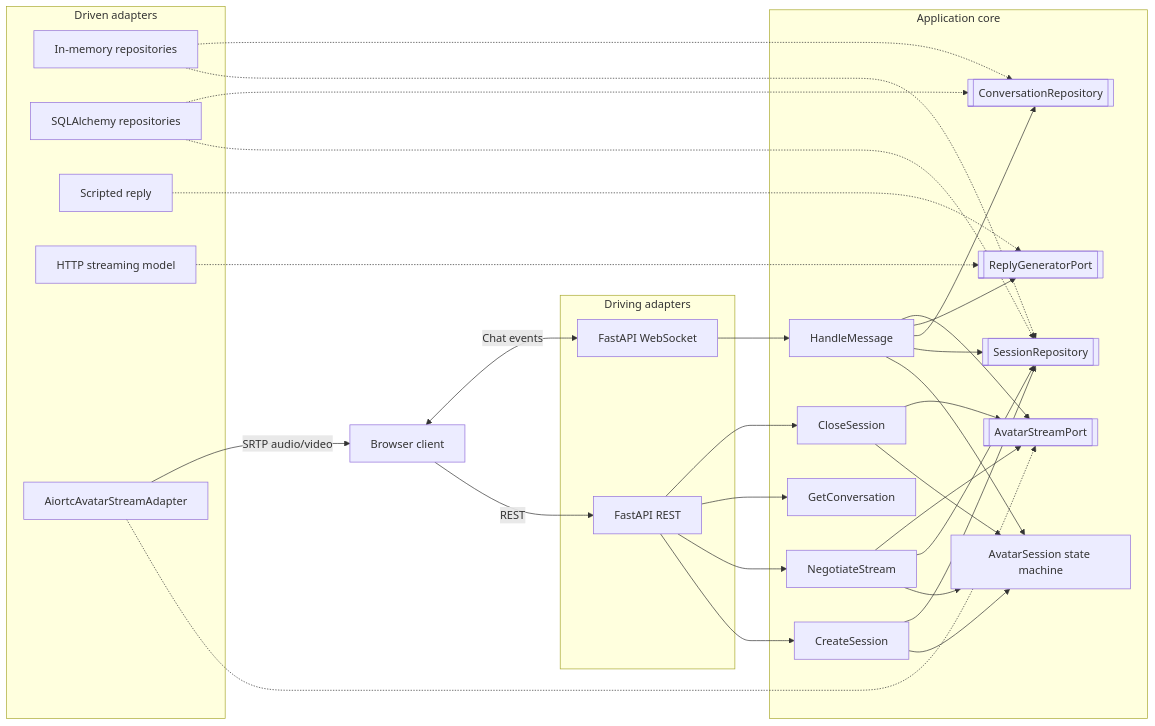
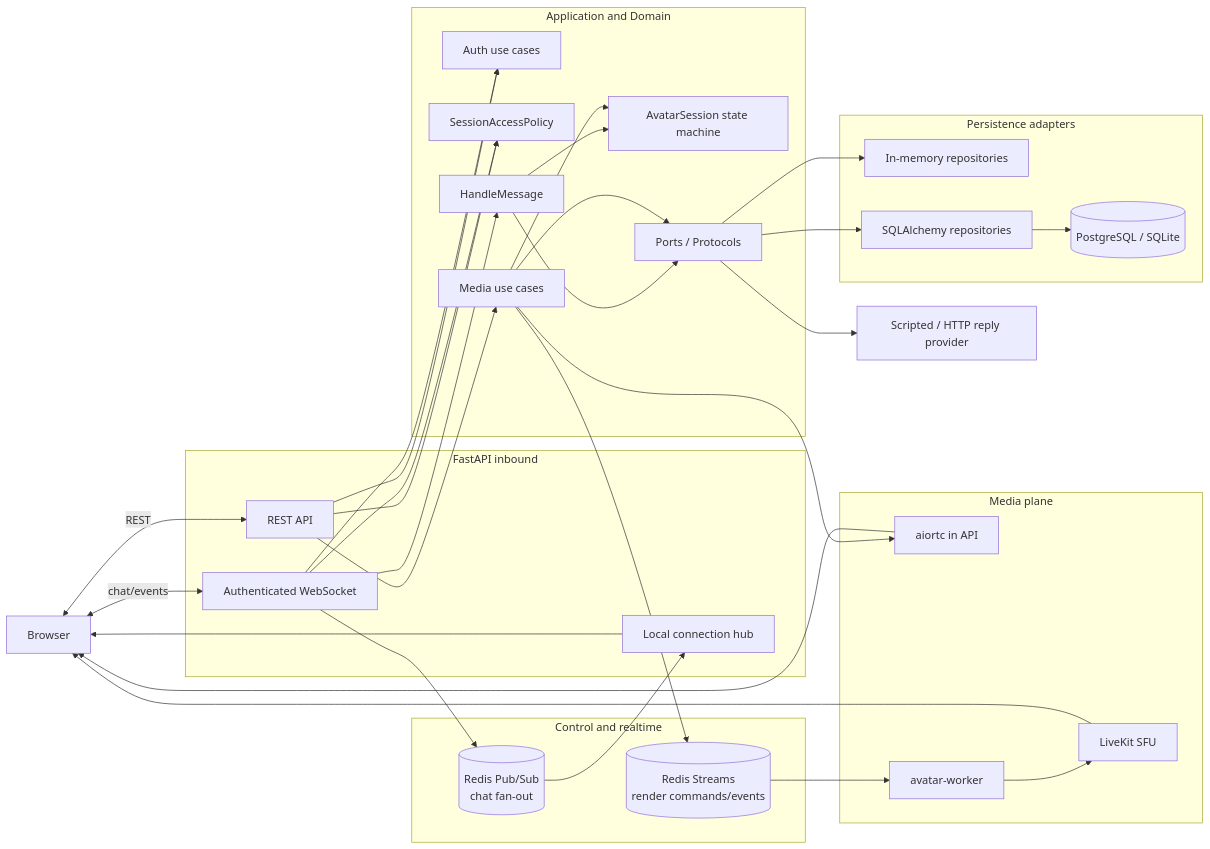
Before and after one commit to thinhphan97/PersonaForge: the first of 7 diagrams in docs/server-flow.md, drawn with Mermaid. The commit also changed other lines of this file and 4 other files, not shown here.

Commit message:
docs: align architecture with current pipeline

````diff
--- a/docs/server-flow.md
+++ b/docs/server-flow.md
@@ -8,63 +9,58 @@
 ```mermaid
 flowchart LR
-    Browser[Browser client]
+    B[Browser]
 
-    subgraph Inbound[Driving adapters]
-        HTTP[FastAPI REST]
-        WS[FastAPI WebSocket]
+    subgraph API[FastAPI inbound]
+        REST[REST API]
+        WS[Authenticated WebSocket]
+        HUB[Local connection hub]
     end
 
-    subgraph Core[Application core]
-        UC1[CreateSession]
-        UC2[NegotiateStream]
-        UC3[HandleMessage]
-        UC4[GetConversation]
-        UC5[CloseSession]
-        Domain[AvatarSession state machine]
-
-        P1[[SessionRepository]]
-        P2[[ConversationRepository]]
-        P3[[ReplyGeneratorPort]]
-        P4[[AvatarStreamPort]]
+    subgraph CORE[Application and Domain]
+        AUTH[Auth use cases]
+        ACCESS[SessionAccessPolicy]
+        CHAT[HandleMessage]
+        MEDIAUC[Media use cases]
+        SESSION[AvatarSession state machine]
+        PORTS[Ports / Protocols]
     end
 
-    subgraph Outbound[Driven adapters]
-        Memory[In-memory repositories]
+    subgraph DATA[Persistence adapters]
+        MEM[In-memory repositories]
         SQL[SQLAlchemy repositories]
-        Scripted[Scripted reply]
-        Model[HTTP streaming model]
-        WebRTC[AiortcAvatarStreamAdapter]
+        DB[(PostgreSQL / SQLite)]
     end
 
-    Browser -->|REST| HTTP
-    Browser <-->|Chat events| WS
-    HTTP --> UC1
-    HTTP --> UC2
-    HTTP --> UC4
-    HTTP --> UC5
-    WS --> UC3
+    subgraph EVENTS[Control and realtime]
+        PUB[(Redis Pub/Sub\nchat fan-out)]
+        STREAM[(Redis Streams\nrender commands/events)]
+    end
 
-    UC1 --> Domain
-    UC2 --> Domain
-    UC3 --> Domain
-    UC5 --> Domain
+    subgraph MEDIA[Media plane]
+        AIO[aiortc in API]
+        WORKER[avatar-worker]
+        SFU[LiveKit SFU]
+    end
 
-    UC1 --> P1
-    UC2 --> P1
-    UC3 --> P1
-    UC3 --> P2
-    UC3 --> P3
-    UC2 --> P4
-    UC3 --> P4
-    UC5 --> P4
+    MODEL[Scripted / HTTP reply provider]
 
-    Memory -.-> P1
-    Memory -.-> P2
-    SQL -.-> P1
-    SQL -.-> P2
-    Scripted -.-> P3
-    Model -.-> P3
-    WebRTC -.-> P4
-
-    WebRTC -->|SRTP audio/video| Browser
+    B <-->|REST| REST
+    B <-->|chat/events| WS
+    REST --> AUTH
+    REST --> ACCESS
+    REST --> MEDIAUC
+    WS --> AUTH
+    WS --> ACCESS
+    WS --> CHAT
+    CHAT --> SESSION
+    CHAT --> PORTS
+    MEDIAUC --> SESSION
+    MEDIAUC --> PORTS
+    PORTS --> MEM
+    PORTS --> SQL
+    PORTS --> MODEL
+    SQL --> DB
+    WS --> PUB --> HUB --> B
+    MEDIAUC --> STREAM --> WORKER --> SFU --> B
+    MEDIAUC --> AIO --> B
 ```
````
